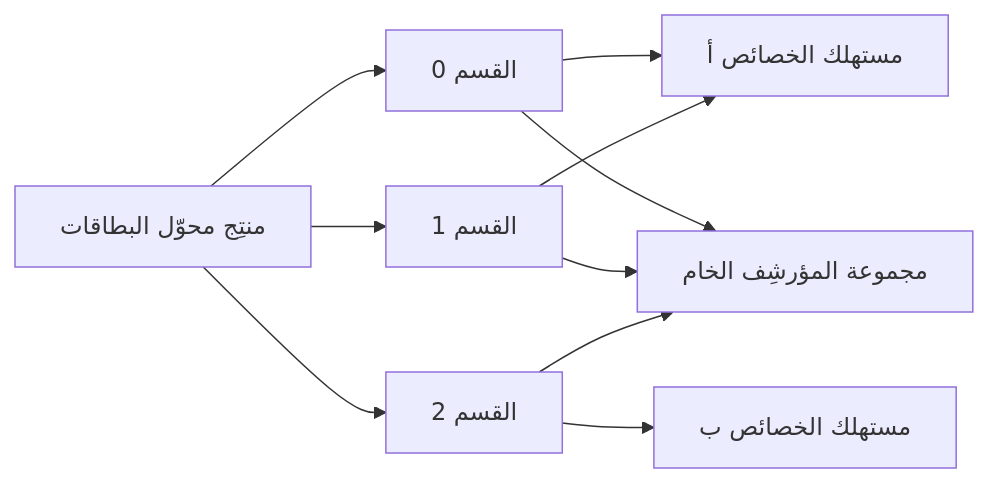
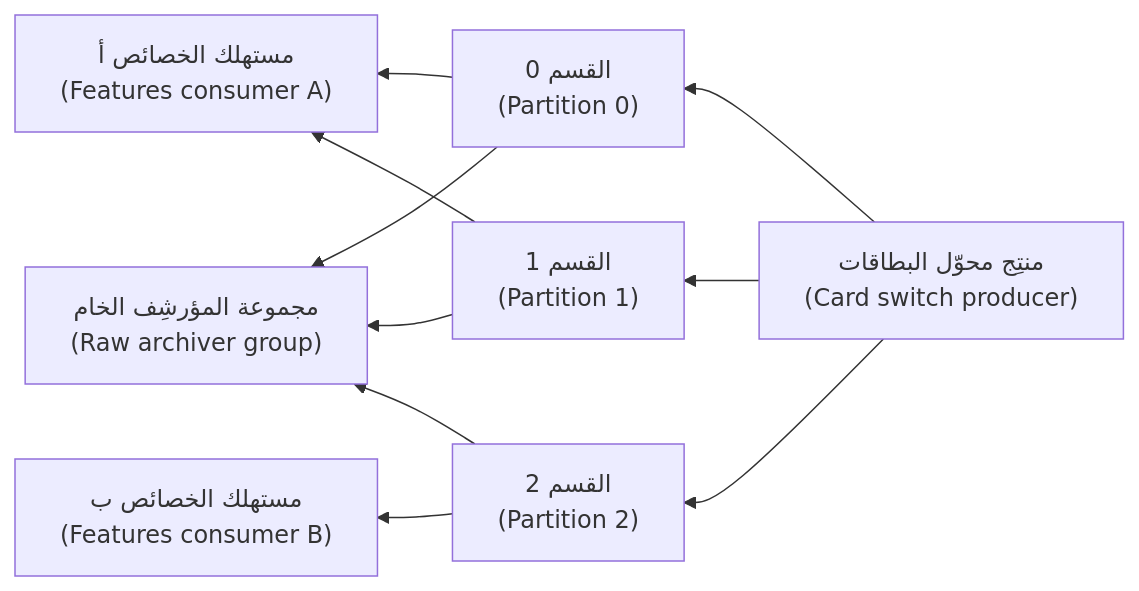
The third of 3 diagrams in data/modules/02-pipelines.ar.md (Tamoura/system-design-for-vibe-coders), drawn with Mermaid before and after one commit. The commit also changed other lines of this file and 20 other files, not shown here.

First line of the commit message:
New courses: Arabic diagrams read right-to-left with English labels (modules 0–6)

````diff
--- a/data/modules/02-pipelines.ar.md
+++ b/data/modules/02-pipelines.ar.md
@@ -664,12 +664,12 @@
 ```mermaid
-flowchart LR
-  P["منتِج محوّل البطاقات"] --> T0["القسم 0"]
-  P --> T1["القسم 1"]
-  P --> T2["القسم 2"]
-  T0 --> C1["مستهلك الخصائص أ"]
+flowchart RL
+  P["منتِج محوّل البطاقات<br/>(Card switch producer)"] --> T0["القسم 0<br/>(Partition 0)"]
+  P --> T1["القسم 1<br/>(Partition 1)"]
+  P --> T2["القسم 2<br/>(Partition 2)"]
+  T0 --> C1["مستهلك الخصائص أ<br/>(Features consumer A)"]
   T1 --> C1
-  T2 --> C2["مستهلك الخصائص ب"]
-  T0 --> R["مجموعة المؤرشِف الخام"]
+  T2 --> C2["مستهلك الخصائص ب<br/>(Features consumer B)"]
+  T0 --> R["مجموعة المؤرشِف الخام<br/>(Raw archiver group)"]
   T1 --> R
   T2 --> R
 ```
````
